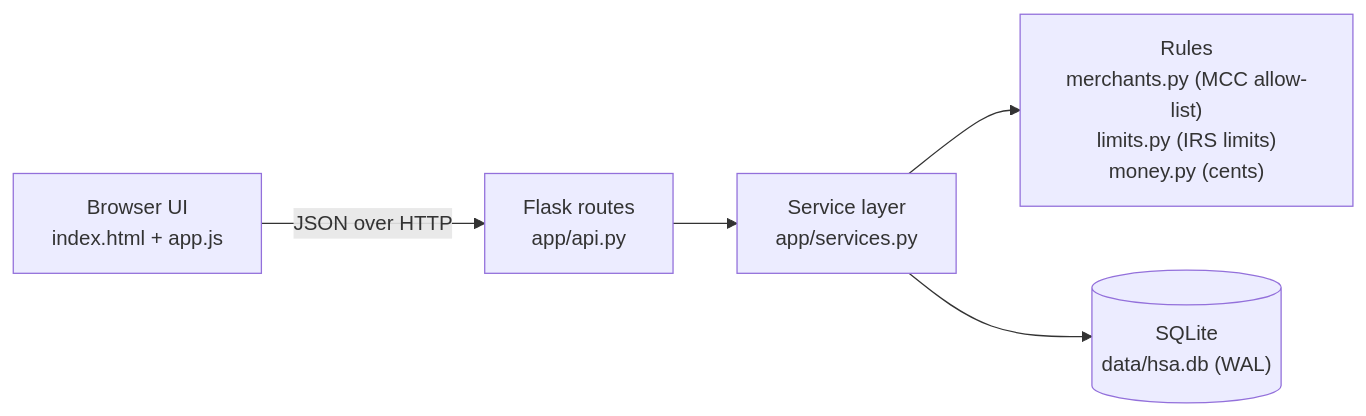
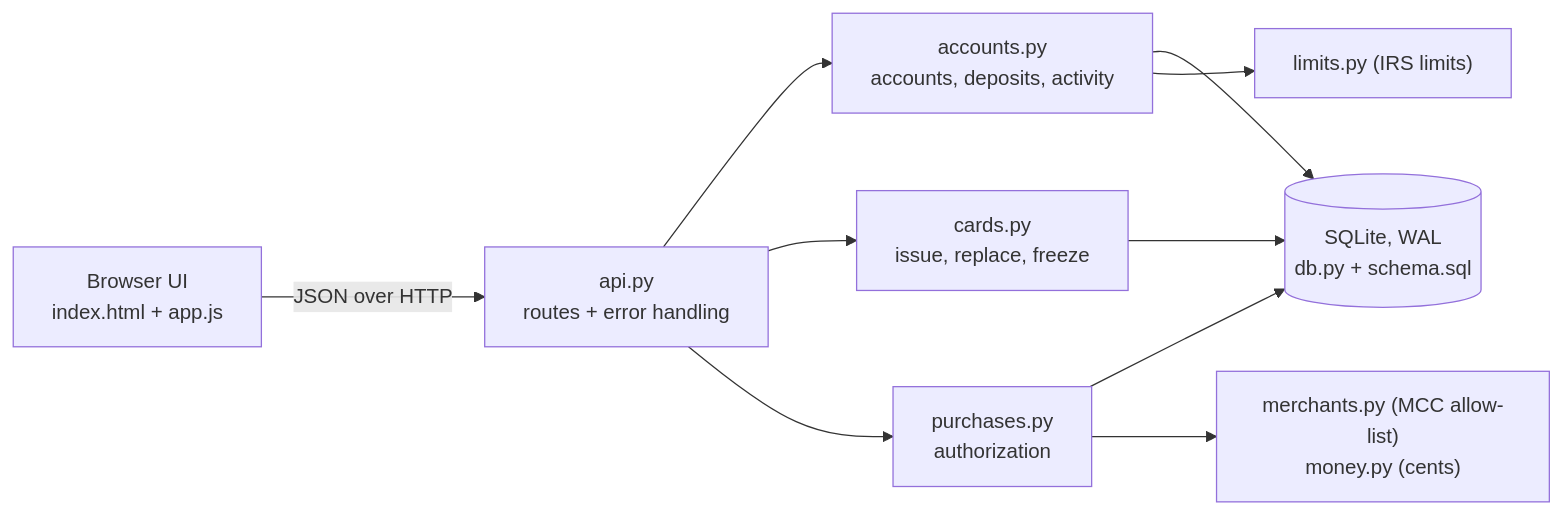
One commit to racheltcp/hsa-platform changed the first of 3 diagrams in architecture.md. Above: the diagram before and after it, drawn with Mermaid. The commit also changed other lines of this file and 26 other files, not shown here.

````diff
--- a/architecture.md
+++ b/architecture.md
@@ -5,7 +5,10 @@
 ```mermaid
 flowchart LR
-    UI["Browser UI<br/>index.html + app.js"] -- "JSON over HTTP" --> API["Flask routes<br/>app/api.py"]
-    API --> SVC["Service layer<br/>app/services.py"]
-    SVC --> RULES["Rules<br/>merchants.py (MCC allow-list)<br/>limits.py (IRS limits)<br/>money.py (cents)"]
-    SVC --> DB[("SQLite<br/>data/hsa.db (WAL)")]
+    UI["Browser UI<br/>index.html + app.js"] -- "JSON over HTTP" --> API["api.py<br/>routes + error handling"]
+    API --> ACC["accounts.py<br/>accounts, deposits, activity"]
+    API --> CARDS["cards.py<br/>issue, replace, freeze"]
+    API --> PUR["purchases.py<br/>authorization"]
+    ACC & CARDS & PUR --> DB[("SQLite, WAL<br/>db.py + schema.sql")]
+    PUR --> RULES["merchants.py (MCC allow-list)<br/>money.py (cents)"]
+    ACC --> LIM["limits.py (IRS limits)"]
 ```
````
